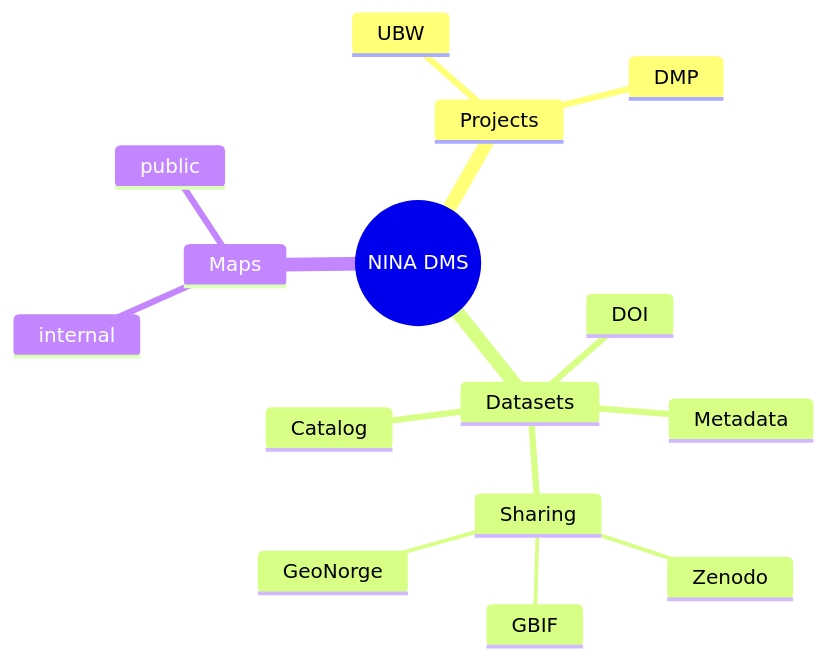
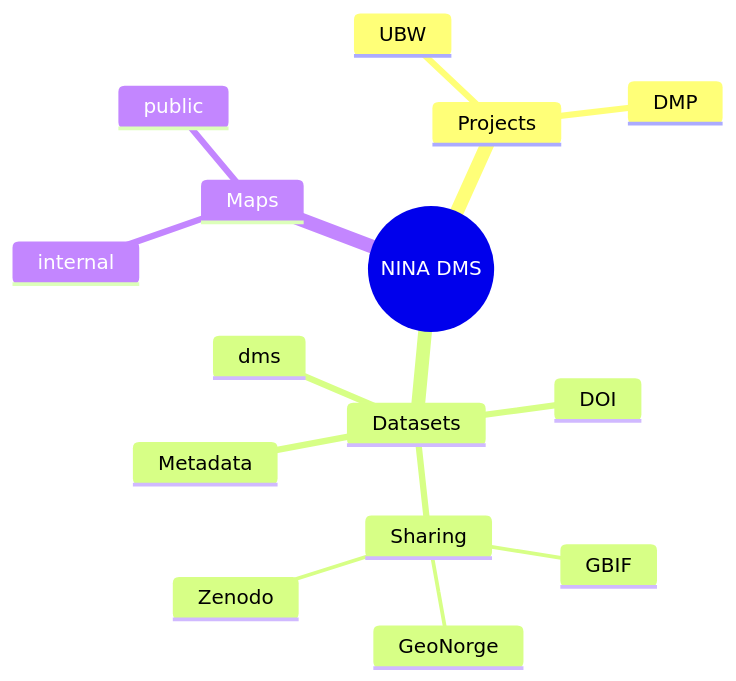
One commit to NINAnor/dms changed the diagram in README.md. Above: the diagram before and after it, drawn with Mermaid. The commit also changed other lines of this file and 112 other files, not shown here.

Commit message:
chg: rename catalog to dms

````diff
--- a/README.md
+++ b/README.md
@@ -17,18 +17,18 @@
 ```mermaid
 mindmap
   root((NINA DMS))
     Projects
       UBW
       DMP
     Datasets
-      Catalog
+      dms
       Metadata
       DOI
       Sharing
         GBIF
         GeoNorge
         Zenodo
     Maps
         internal
         public
 ```
````
